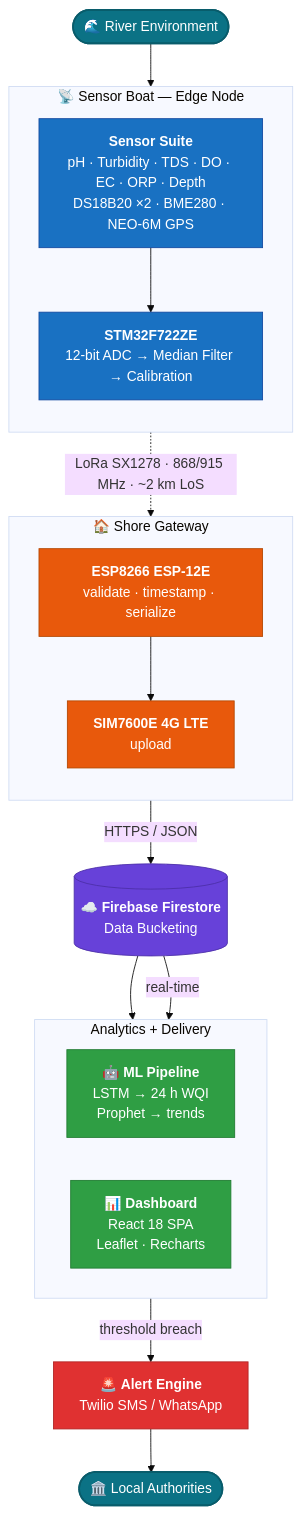
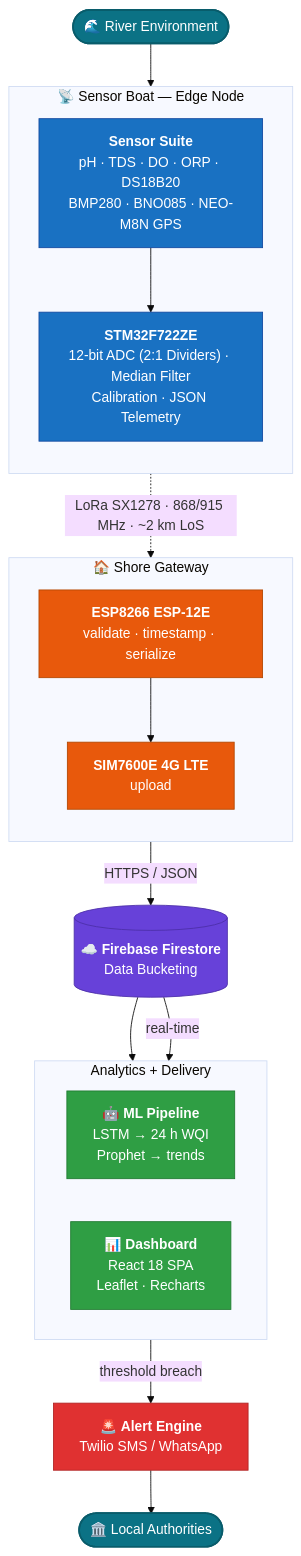
Before and after one commit to WQM-Project/.github: the first of 3 diagrams in profile/README.md, drawn with Mermaid (base theme). The commit also changed other lines of this file, not shown here.

Commit message:
Sync sensor hardware, pinout, BMP280, and calibration updates from STM32 edge node

````diff
--- a/profile/README.md
+++ b/profile/README.md
@@ -62,51 +62,51 @@
 ```mermaid
 flowchart TB
     RIVER(["🌊 River Environment"])
 
     subgraph BOAT["📡 Sensor Boat — Edge Node"]
         direction TB
-        SUITE["<b>Sensor Suite</b><br/>pH · Turbidity · TDS · DO · EC · ORP · Depth<br/>DS18B20 ×2 · BME280 · NEO-6M GPS"]
-        MCU["<b>STM32F722ZE</b><br/>12-bit ADC → Median Filter → Calibration"]
+        SUITE["<b>Sensor Suite</b><br/>pH · TDS · DO · ORP · DS18B20<br/>BMP280 · BNO085 · NEO-M8N GPS"]
+        MCU["<b>STM32F722ZE</b><br/>12-bit ADC (2:1 Dividers) · Median Filter<br/>Calibration · JSON Telemetry"]
         SUITE --> MCU
     end
 
     subgraph SHORE["🏠 Shore Gateway"]
         direction TB
         ESP["<b>ESP8266 ESP-12E</b><br/>validate · timestamp · serialize"]
         LTE["<b>SIM7600E 4G LTE</b><br/>upload"]
         ESP --> LTE
     end
 
     CLOUD[("☁️ <b>Firebase Firestore</b><br/>Data Bucketing")]
 
     subgraph BRAIN["Analytics + Delivery"]
         direction LR
         ML["🤖 <b>ML Pipeline</b><br/>LSTM → 24 h WQI<br/>Prophet → trends"]
         DASH["📊 <b>Dashboard</b><br/>React 18 SPA<br/>Leaflet · Recharts"]
     end
 
     ALERT["🚨 <b>Alert Engine</b><br/>Twilio SMS / WhatsApp"]
     GOV(["🏛️ Local Authorities"])
 
     RIVER --> SUITE
     MCU -.->|"LoRa SX1278 · 868/915 MHz · ~2 km LoS"| ESP
     LTE -->|"HTTPS / JSON"| CLOUD
     CLOUD --> ML
     CLOUD -->|"real-time"| DASH
     ML -->|"threshold breach"| ALERT
     ALERT --> GOV
 
     classDef endpoint fill:#0b7285,stroke:#095c6b,stroke-width:2px,color:#ffffff
     classDef edge fill:#1971c2,stroke:#1249a0,color:#ffffff
     classDef relay fill:#e8590c,stroke:#b34700,color:#ffffff
     classDef store fill:#6741d9,stroke:#4c2fa8,color:#ffffff
     classDef action fill:#2f9e44,stroke:#1f7a30,color:#ffffff
     classDef alarm fill:#e03131,stroke:#b02525,color:#ffffff
 
     class RIVER,GOV endpoint
     class SUITE,MCU edge
     class ESP,LTE relay
     class CLOUD store
     class ML,DASH action
     class ALERT alarm
 ```
````
